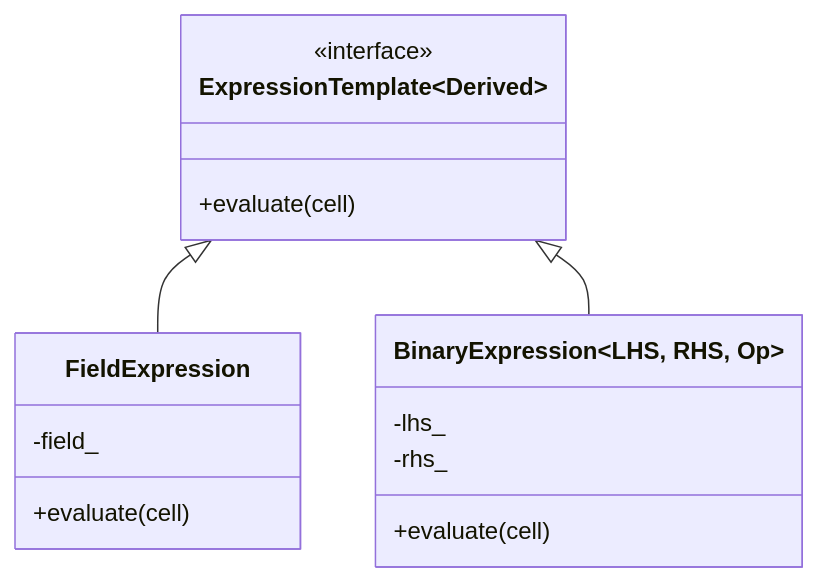
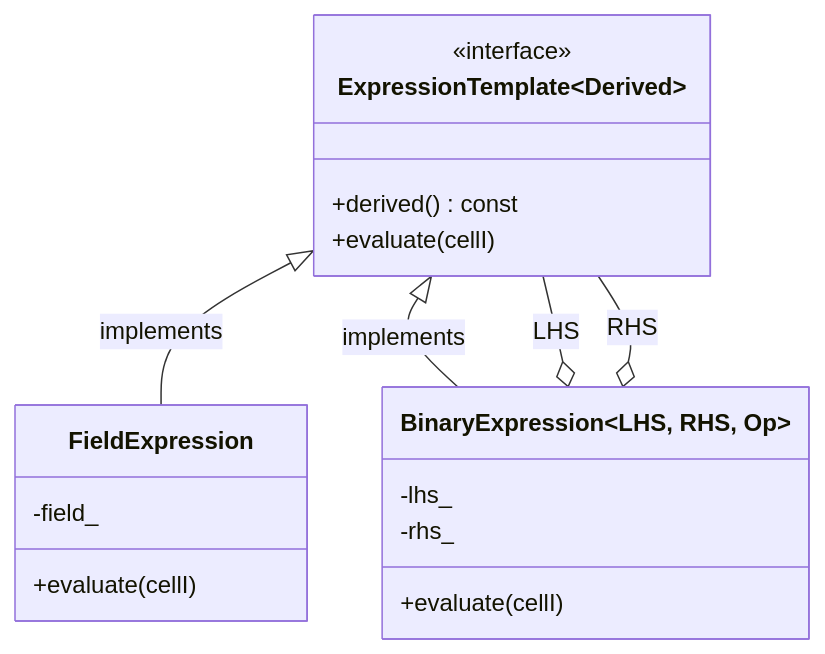
Before and after one commit to wramet/build-my-cfd: the diagram in MODULE_09_ADVANCED_TOPICS/CONTENT/05_PERFORMANCE_OPTIMIZATION/05_Design_Patterns_and_Trade-offs.md, drawn with Mermaid. The commit also changed 313 other files, not shown here.

Commit message:
Revise all diagram

````diff
--- a/MODULE_09_ADVANCED_TOPICS/CONTENT/05_PERFORMANCE_OPTIMIZATION/05_Design_Patterns_and_Trade-offs.md
+++ b/MODULE_09_ADVANCED_TOPICS/CONTENT/05_PERFORMANCE_OPTIMIZATION/05_Design_Patterns_and_Trade-offs.md
@@ -22,18 +22,21 @@
 ```mermaid
 classDiagram
-    class ExpressionTemplate~Derived~ {
-        <<interface>>
-        +evaluate(cell)
-    }
-    class FieldExpression {
-        -field_
-        +evaluate(cell)
-    }
-    class BinaryExpression~LHS, RHS, Op~ {
-        -lhs_
-        -rhs_
-        +evaluate(cell)
-    }
-    ExpressionTemplate <|-- FieldExpression
-    ExpressionTemplate <|-- BinaryExpression
+class ExpressionTemplate~Derived~ {
+<<interface>>
++derived() const
++evaluate(cellI)
+}
+class FieldExpression {
+-field_
++evaluate(cellI)
+}
+class BinaryExpression~LHS, RHS, Op~ {
+-lhs_
+-rhs_
++evaluate(cellI)
+}
+ExpressionTemplate <|-- FieldExpression : implements
+ExpressionTemplate <|-- BinaryExpression : implements
+BinaryExpression o-- ExpressionTemplate : LHS
+BinaryExpression o-- ExpressionTemplate : RHS
 ```
````
